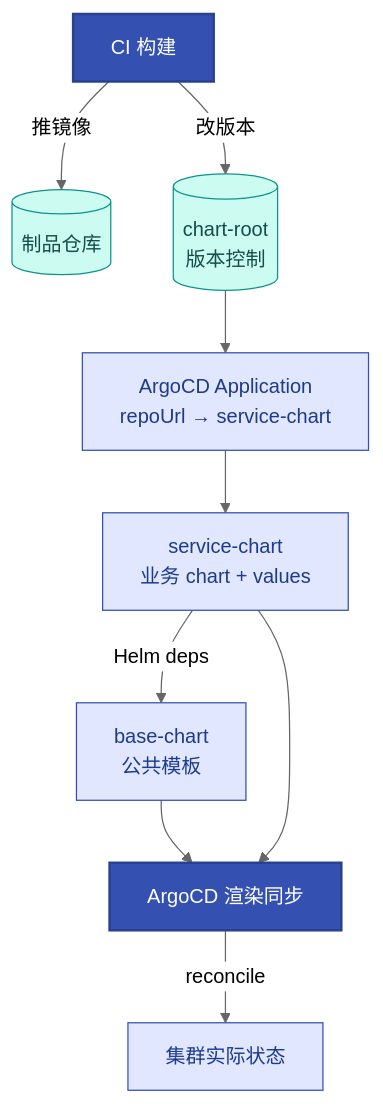
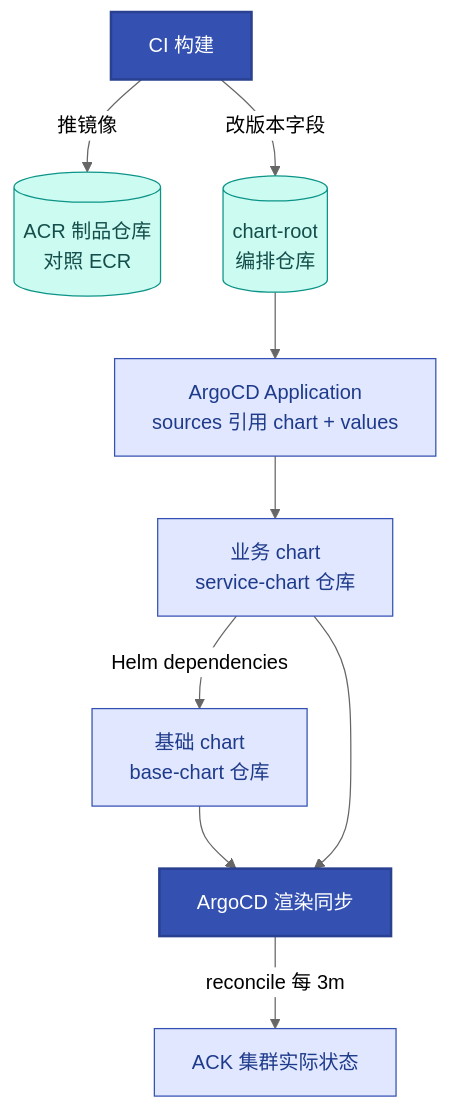
The diagram in docs/10-argocd-gitops.md (jackiesre721/ai-native-ops), drawn with Mermaid (neutral theme) before and after one commit. The commit also changed other lines of this file and 21 other files, not shown here.

````diff
--- a/docs/10-argocd-gitops.md
+++ b/docs/10-argocd-gitops.md
@@ -53,17 +46,17 @@
 ```mermaid
 flowchart TB
-    CI[CI 构建] -->|推镜像| REG[(制品仓库)]
-    CI -->|改版本| CR[(chart-root<br/>版本控制)]
-    CR --> APP["ArgoCD Application<br/>repoUrl → service-chart"]
-    APP --> SVC["service-chart<br/>业务 chart + values"]
-    SVC -->|Helm deps| BASE["base-chart<br/>公共模板"]
+    CI[CI 构建] -->|推镜像| REG[(ACR 制品仓库<br/>对照 ECR)]
+    CI -->|改版本字段| CR[(chart-root<br/>编排仓库)]
+    CR --> APP["ArgoCD Application<br/>sources 引用 chart + values"]
+    APP --> SVC["业务 chart<br/>service-chart 仓库"]
+    SVC -->|Helm dependencies| BASE["基础 chart<br/>base-chart 仓库"]
     BASE --> ARG[ArgoCD 渲染同步]
     SVC --> ARG
-    ARG -->|reconcile| CL[集群实际状态]
+    ARG -->|reconcile 每 3m| CL[ACK 集群实际状态]
     classDef start fill:#3451b2,color:#fff,stroke:#2a4090,stroke-width:2px
     classDef proc fill:#e0e7ff,stroke:#3451b2,color:#1e3a8a
     classDef data fill:#ccfbf1,stroke:#0d9488,color:#134e4a
     class CI,ARG start
     class REG,CR data
     class APP,SVC,BASE,CL proc
 ```
````
